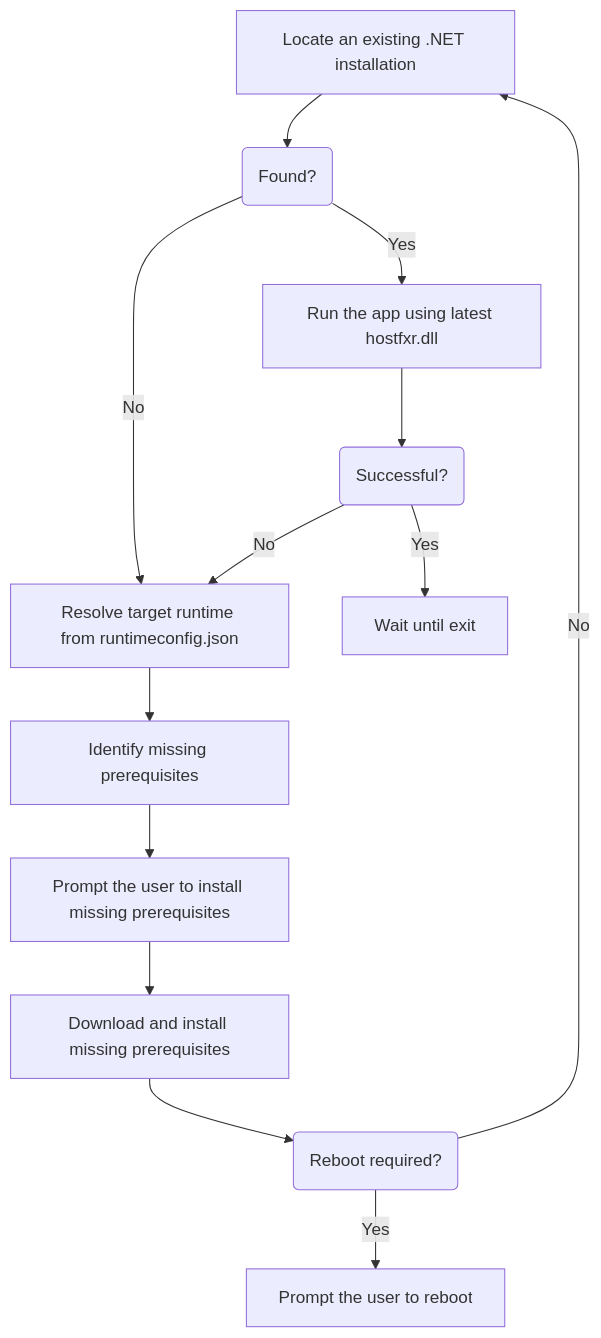
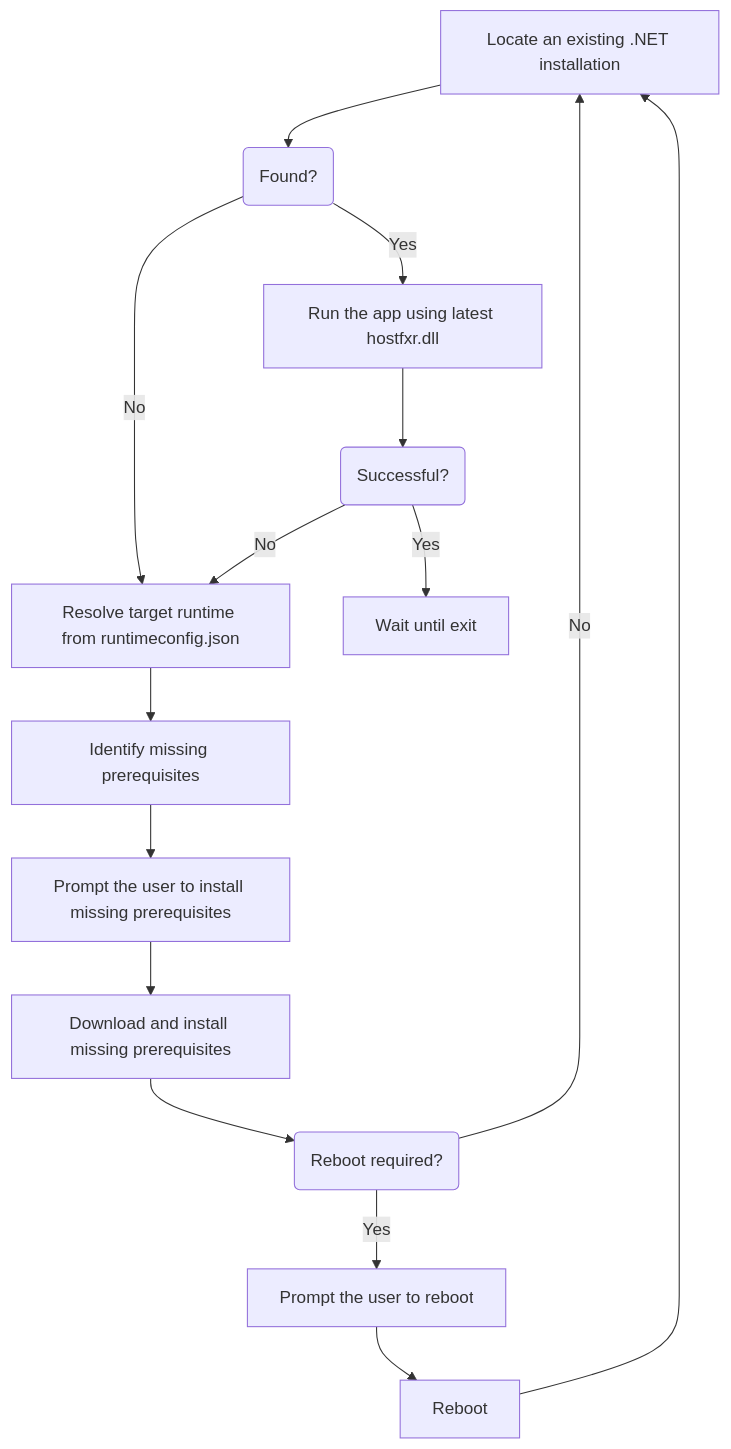
The diagram in Readme.md (Tyrrrz/DotnetRuntimeBootstrapper), drawn with Mermaid before and after one commit. The commit also changed other lines of this file, not shown here.

````diff
--- a/Readme.md
+++ b/Readme.md
@@ -108,17 +105,17 @@
 ```mermaid
 flowchart
     1[Locate an existing .NET installation] --> 1a(Found?)
     1a -- Yes --> 2
     1a -- No --> 3
 
     2[Run the app using latest hostfxr.dll] --> 2a(Successful?)
     2a -- Yes --> 2b[Wait until exit]
     2a -- No --> 3
 
     3[Resolve target runtime from runtimeconfig.json] -->
     4[Identify missing prerequisites] -->
     5[Prompt the user to install missing prerequisites] -->
     6[Download and install missing prerequisites] --> 6a(Reboot required?)
-    6a -- Yes --> 6b[Prompt the user to reboot]
+    6a -- Yes --> 6b[Prompt the user to reboot] --> 6c[Reboot] --> 1
     6a -- No --> 1
 ```
````
